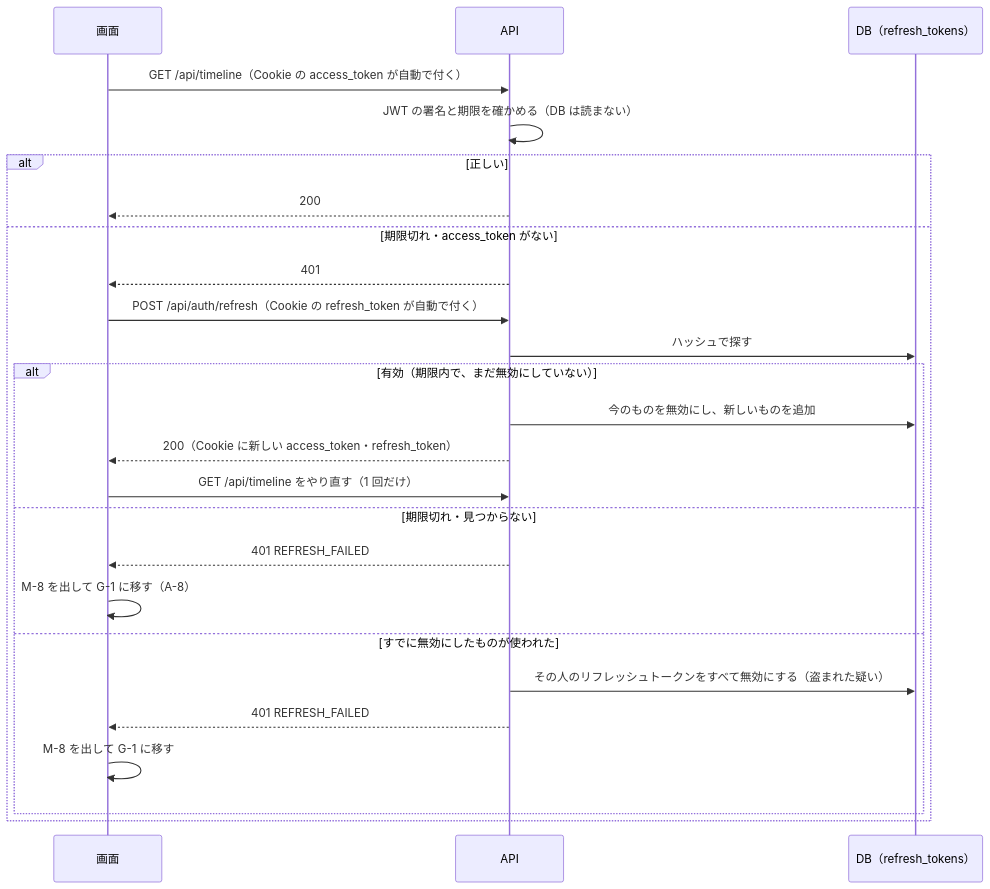
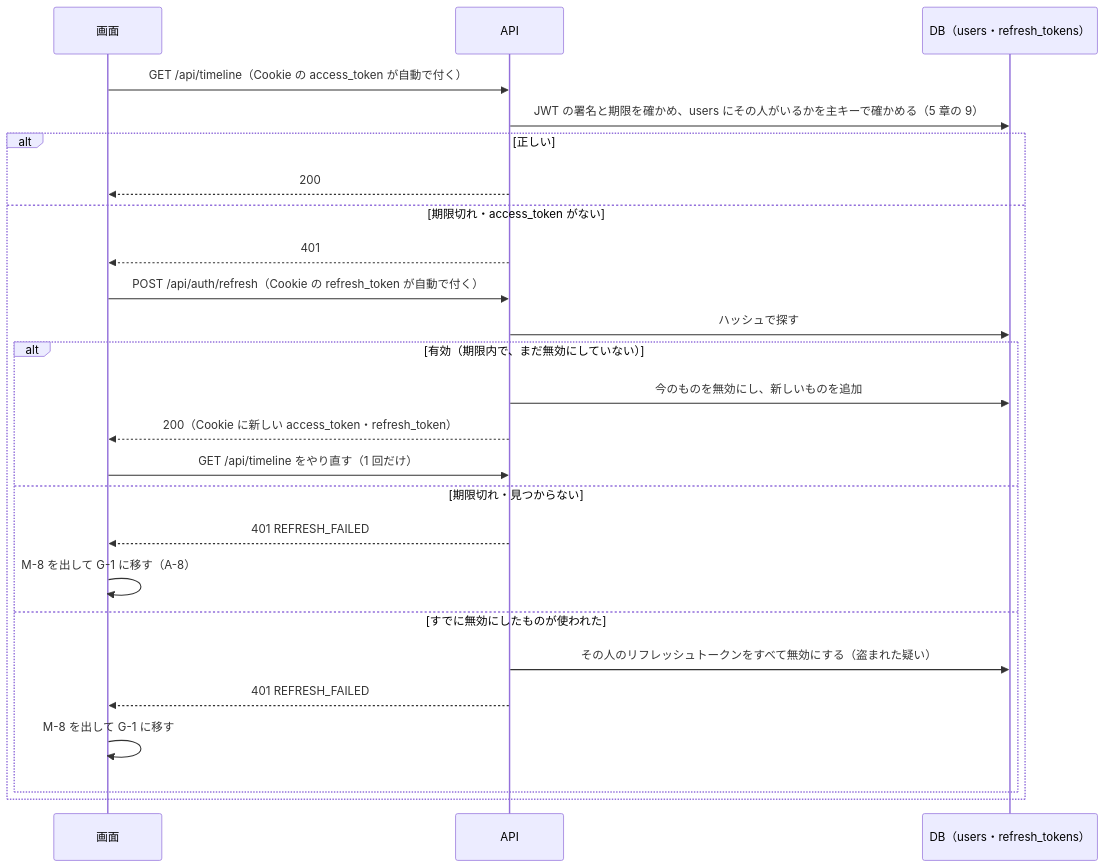
One commit to y0408e0301-star/booklog changed the third of 5 diagrams in docs/functions/fn01-auth.md. Above: the diagram before and after it, drawn with Mermaid. The commit also changed other lines of this file and 20 other files, not shown here.

````diff
--- a/docs/functions/fn01-auth.md
+++ b/docs/functions/fn01-auth.md
@@ -94,28 +95,28 @@
 ```mermaid
 sequenceDiagram
     participant B as 画面
     participant A as API
-    participant D as DB（refresh_tokens）
+    participant D as DB（users・refresh_tokens）
 
     B->>A: GET /api/timeline（Cookie の access_token が自動で付く）
-    A->>A: JWT の署名と期限を確かめる（DB は読まない）
+    A->>D: JWT の署名と期限を確かめ、users にその人がいるかを主キーで確かめる（5 章の 9）
     alt 正しい
         A-->>B: 200
     else 期限切れ・access_token がない
         A-->>B: 401
         B->>A: POST /api/auth/refresh（Cookie の refresh_token が自動で付く）
         A->>D: ハッシュで探す
         alt 有効（期限内で、まだ無効にしていない）
             A->>D: 今のものを無効にし、新しいものを追加
             A-->>B: 200（Cookie に新しい access_token・refresh_token）
             B->>A: GET /api/timeline をやり直す（1 回だけ）
         else 期限切れ・見つからない
             A-->>B: 401 REFRESH_FAILED
             B->>B: M-8 を出して G-1 に移す（A-8）
         else すでに無効にしたものが使われた
             A->>D: その人のリフレッシュトークンをすべて無効にする（盗まれた疑い）
             A-->>B: 401 REFRESH_FAILED
             B->>B: M-8 を出して G-1 に移す
         end
     end
 ```
````
